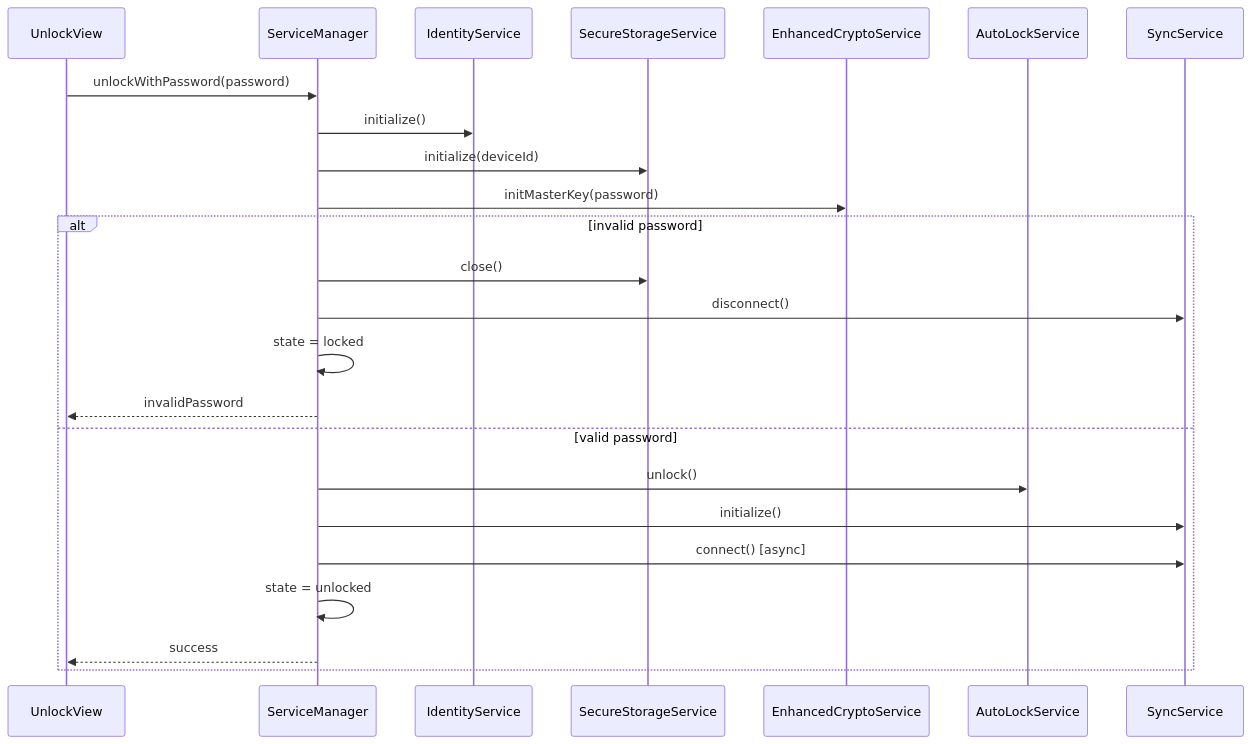
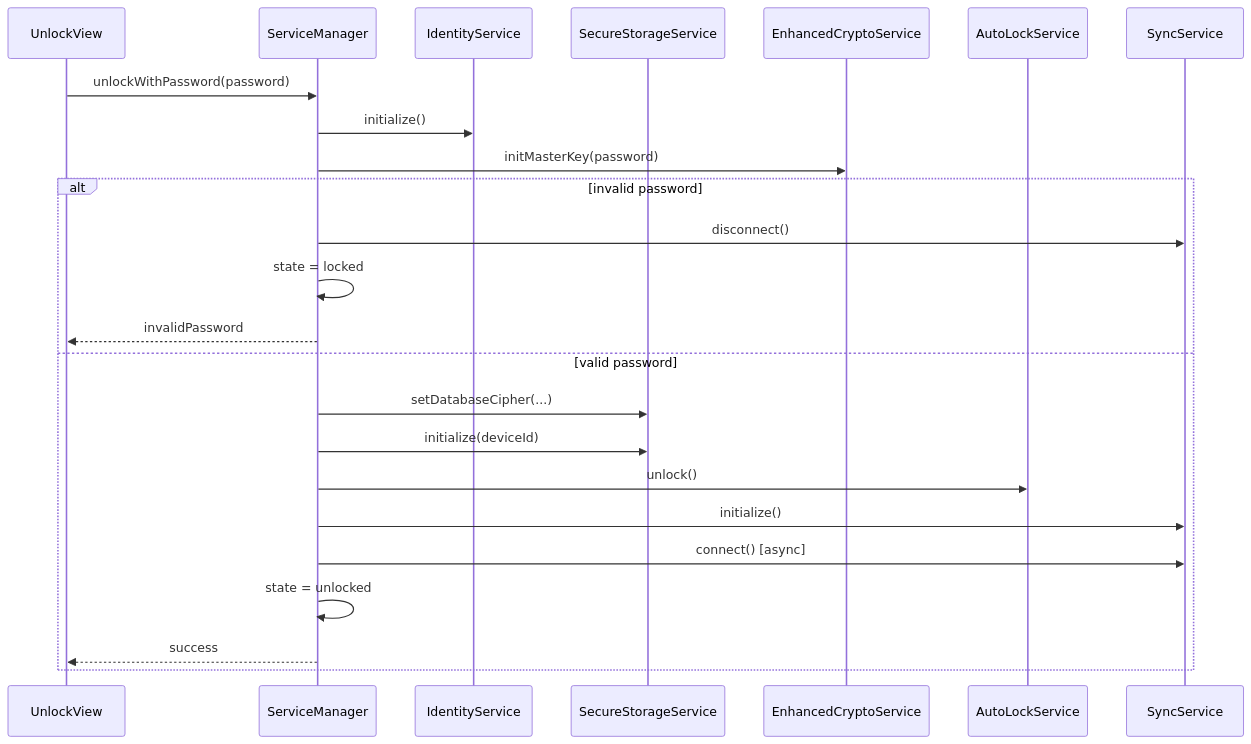
One commit to aierchoom/roy_client changed the second of 4 diagrams in docs/02_Runtime_and_Sync.md. Above: the diagram before and after it, drawn with Mermaid. The commit also changed other lines of this file and 30 other files, not shown here.

````diff
--- a/docs/02_Runtime_and_Sync.md
+++ b/docs/02_Runtime_and_Sync.md
@@ -57,27 +57,27 @@
 ```mermaid
 sequenceDiagram
     participant UV as UnlockView
     participant SM as ServiceManager
     participant ID as IdentityService
     participant DB as SecureStorageService
     participant CR as EnhancedCryptoService
     participant AL as AutoLockService
     participant SY as SyncService
 
     UV->>SM: unlockWithPassword(password)
     SM->>ID: initialize()
-    SM->>DB: initialize(deviceId)
     SM->>CR: initMasterKey(password)
     alt invalid password
-        SM->>DB: close()
         SM->>SY: disconnect()
         SM->>SM: state = locked
         SM-->>UV: invalidPassword
     else valid password
+        SM->>DB: setDatabaseCipher(...)
+        SM->>DB: initialize(deviceId)
         SM->>AL: unlock()
         SM->>SY: initialize()
         SM->>SY: connect() [async]
         SM->>SM: state = unlocked
         SM-->>UV: success
     end
 ```
````
